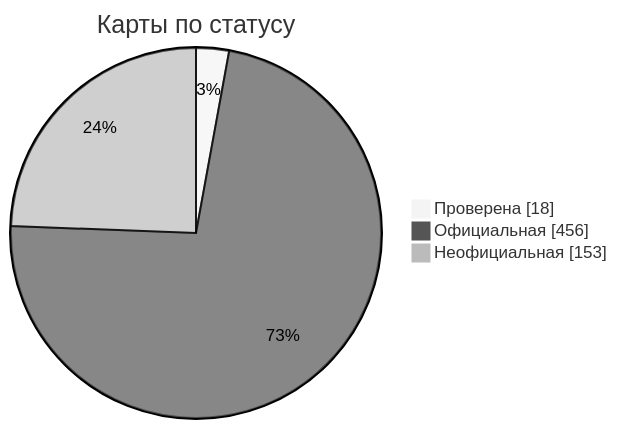
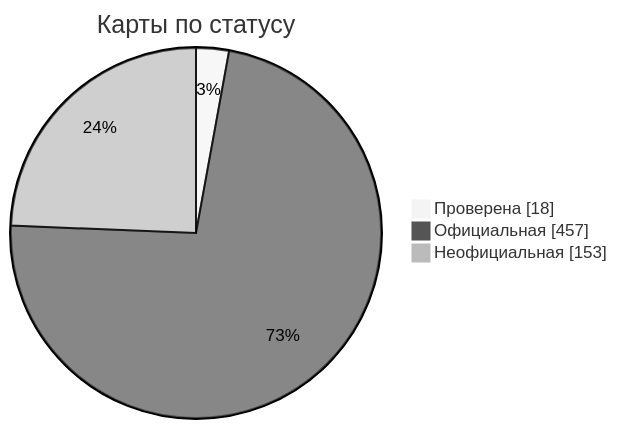
Before and after one commit to nobrega8/mbmap-library: the diagram in docs/readme/README_RU.md, drawn with Mermaid (neutral theme). The commit also changed 6 other files, not shown here.

````diff
--- a/docs/readme/README_RU.md
+++ b/docs/readme/README_RU.md
@@ -54,7 +54,7 @@
 ```mermaid
 pie showData
     title Карты по статусу
     "Проверена" : 18
-    "Официальная" : 456
+    "Официальная" : 457
     "Неофициальная" : 153
 ```
````
